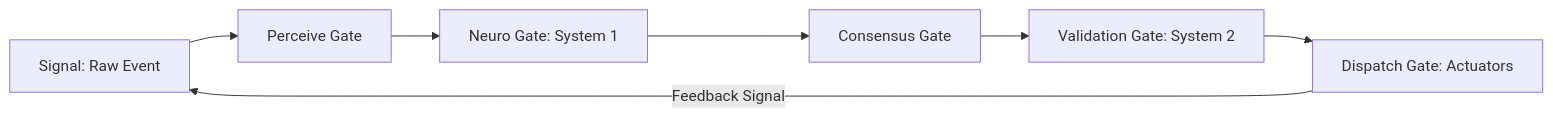
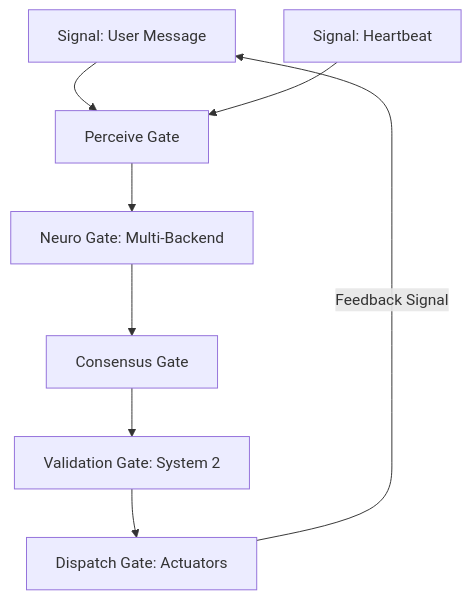
One commit to amrgharbeia/opencortex changed the diagram in literate/core.org. Above: the diagram before and after it, drawn with Mermaid. The commit also changed other lines of this file and 18 other files, not shown here.

```diff
--- a/literate/core.org
+++ b/literate/core.org
@@ -14,9 +15,10 @@
 #+begin_src mermaid
-graph LR
-    S1[Signal: Raw Event] --> P[Perceive Gate]
-    P --> N[Neuro Gate: System 1]
+graph TD
+    S1[Signal: User Message] --> P[Perceive Gate]
+    S2[Signal: Heartbeat] --> P
+    P --> N[Neuro Gate: Multi-Backend]
     N --> C[Consensus Gate]
     C --> V[Validation Gate: System 2]
     V --> D[Dispatch Gate: Actuators]
     D -- Feedback Signal --> S1
 #+end_src
```
